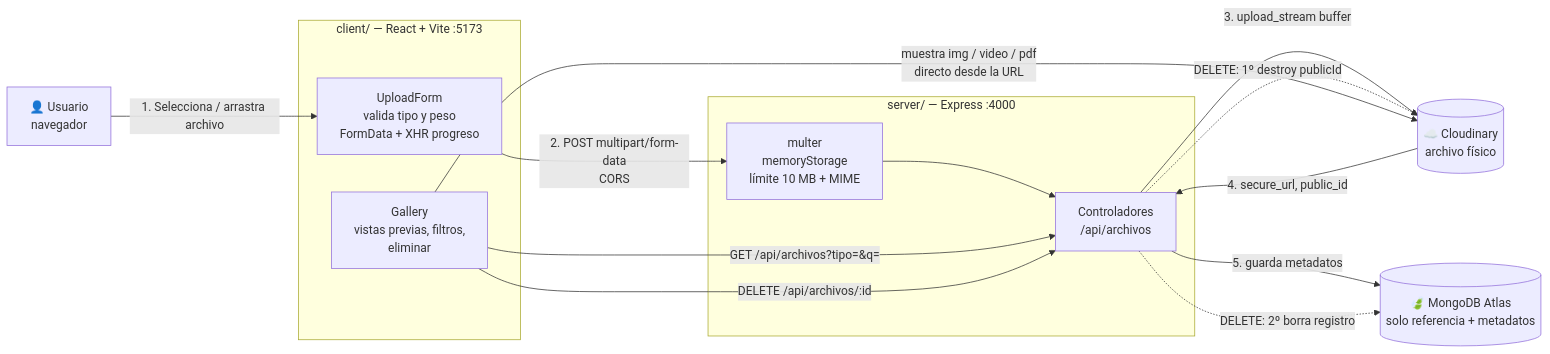
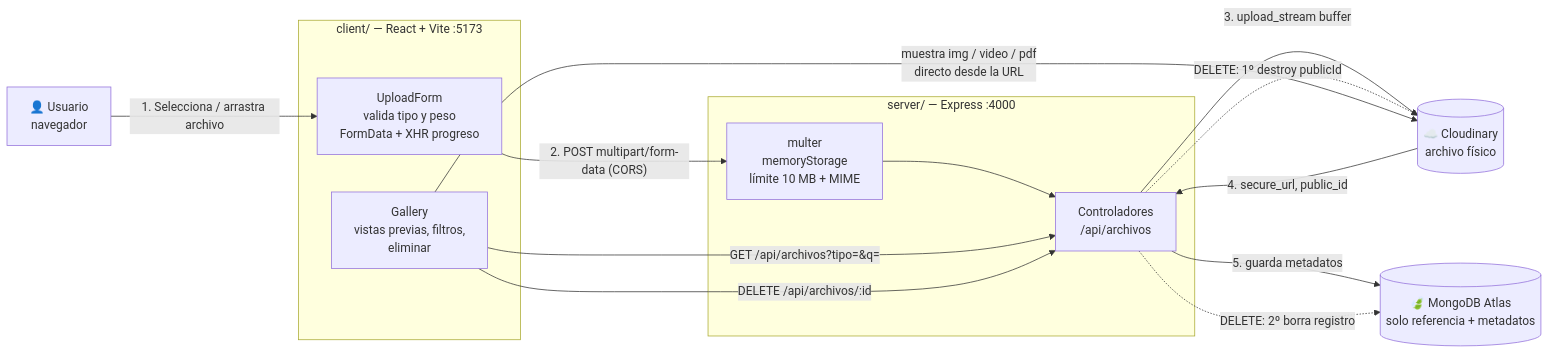
The diagram in README.md (chanclaxx/cloud-media-vault), drawn with Mermaid before and after one commit. The commit also changed other lines of this file and 45 other files, not shown here.

````diff
--- a/README.md
+++ b/README.md
@@ -35,25 +46,25 @@
 ```mermaid
 flowchart LR
     U[👤 Usuario<br/>navegador] -->|1. Selecciona / arrastra archivo| C
 
     subgraph Frontend [client/ — React + Vite :5173]
         C[UploadForm<br/>valida tipo y peso<br/>FormData + XHR progreso]
         G[Gallery<br/>vistas previas, filtros,<br/>eliminar]
     end
 
     subgraph Backend [server/ — Express :4000]
         M[multer<br/>memoryStorage<br/>límite 10 MB + MIME]
         CT[Controladores<br/>/api/archivos]
     end
 
-    C -->|2. POST multipart/form-data<br/>CORS| M
+    C -->|"2. POST multipart/form-data (CORS)"| M
     M --> CT
     CT -->|3. upload_stream buffer| CL[(☁️ Cloudinary<br/>archivo físico)]
     CL -->|4. secure_url, public_id| CT
     CT -->|5. guarda metadatos| DB[(🍃 MongoDB Atlas<br/>solo referencia + metadatos)]
     G -->|"GET /api/archivos?tipo=&q="| CT
     G -->|"DELETE /api/archivos/:id"| CT
     CT -.->|"DELETE: 1º destroy publicId"| CL
     CT -.->|"DELETE: 2º borra registro"| DB
     G -->|muestra img / video / pdf<br/>directo desde la URL| CL
 ```
````
